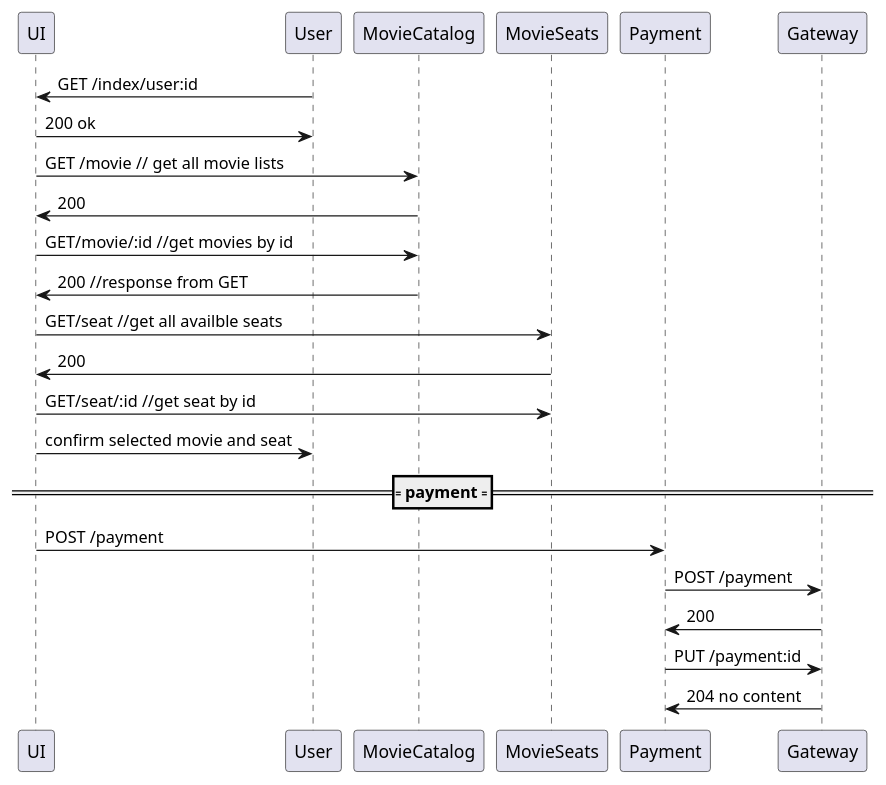
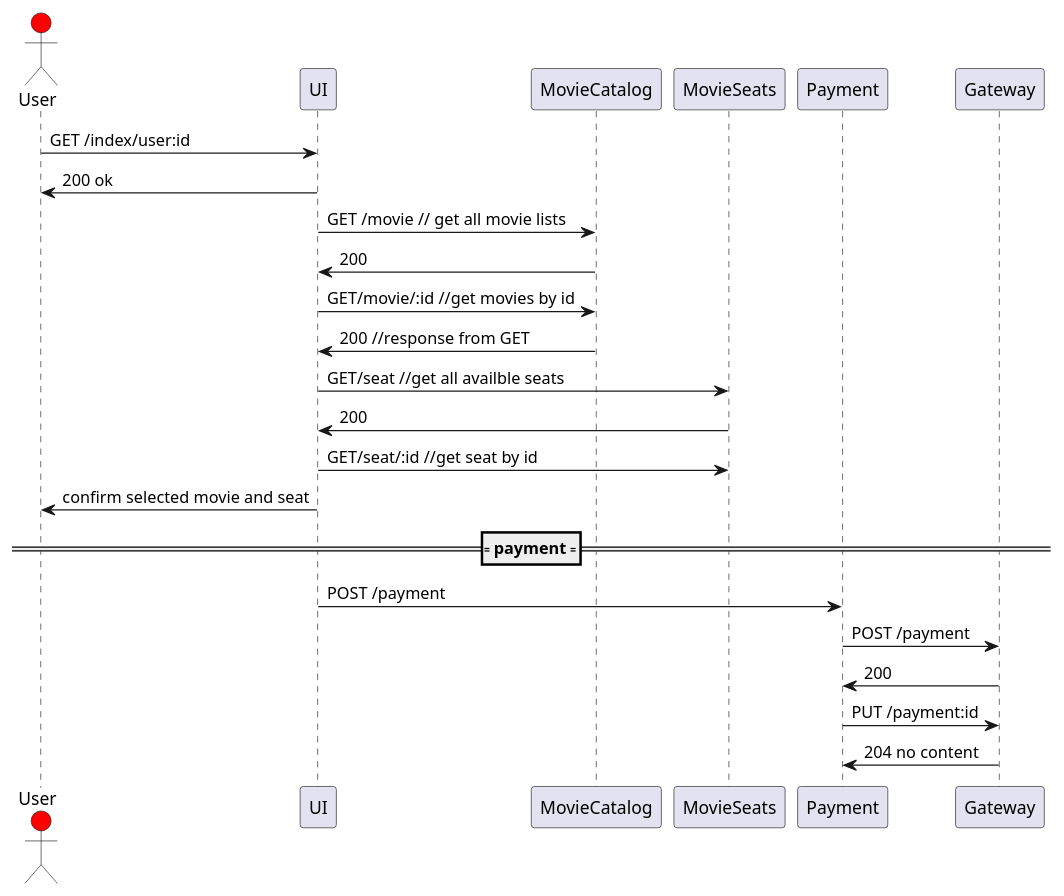
Before and after one commit to Justin102799/E37-PlantUML: the diagram in MovieTickets/MovieTickets.puml, drawn with PlantUML. The commit also changed 1 other file, not shown here.

```diff
--- a/MovieTickets/MovieTickets.puml
+++ b/MovieTickets/MovieTickets.puml
@@ -1,26 +1,26 @@
 @startuml
+actor User #red
 participant UI
-participant User
 participant MovieCatalog
 participant MovieSeats
 participant Payment 
 participant Gateway
 
 User -> UI : GET /index/user:id
 UI -> User : 200 ok
 UI -> MovieCatalog : GET /movie // get all movie lists
 MovieCatalog -> UI : 200
 UI -> MovieCatalog : GET/movie/:id //get movies by id
 MovieCatalog -> UI : 200 //response from GET
 UI -> MovieSeats : GET/seat //get all availble seats
 MovieSeats -> UI : 200
 UI -> MovieSeats : GET/seat/:id //get seat by id
 UI -> User : confirm selected movie and seat
 
 ==== payment ====
 UI -> Payment : POST /payment
 Payment -> Gateway : POST /payment
 Gateway -> Payment : 200
 Payment -> Gateway : PUT /payment:id
 Gateway -> Payment : 204 no content
 @enduml
```
